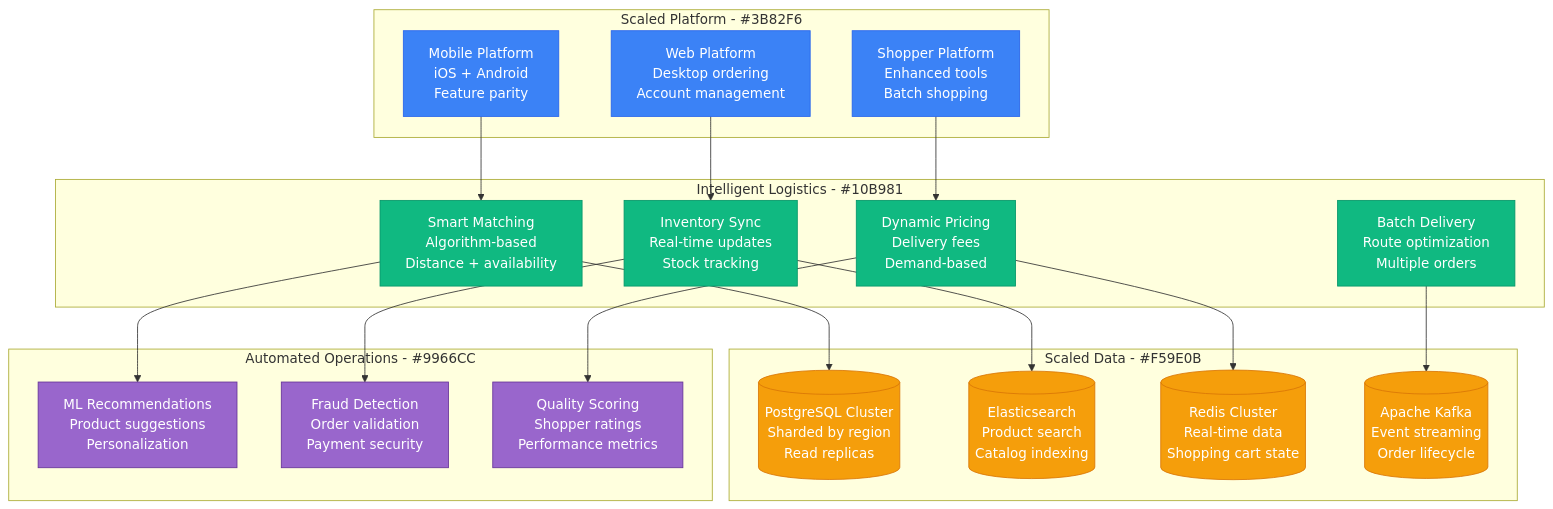
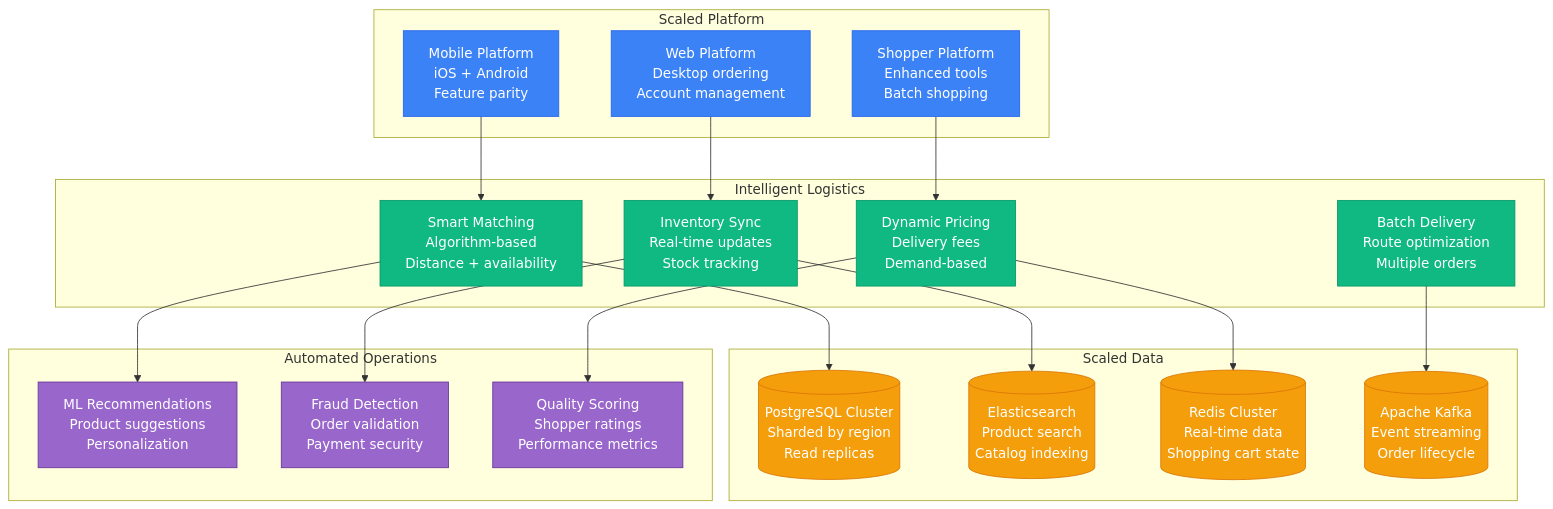
Before and after one commit to deepaucksharma/DS: the second of 3 diagrams in site/docs/scaling/instacart-scale-evolution.md, drawn with Mermaid. The commit also changed other lines of this file and 169 other files, not shown here.

````diff
--- a/site/docs/scaling/instacart-scale-evolution.md
+++ b/site/docs/scaling/instacart-scale-evolution.md
@@ -79,50 +79,50 @@
 ```mermaid
 graph TB
-    subgraph ScaledPlatform[Scaled Platform - #3B82F6]
+    subgraph ScaledPlatform["Scaled Platform"]
         MOBILE_PLATFORM[Mobile Platform<br/>iOS + Android<br/>Feature parity]
         WEB_PLATFORM[Web Platform<br/>Desktop ordering<br/>Account management]
         SHOPPER_PLATFORM[Shopper Platform<br/>Enhanced tools<br/>Batch shopping]
     end
 
-    subgraph IntelligentLogistics[Intelligent Logistics - #10B981]
+    subgraph IntelligentLogistics["Intelligent Logistics"]
         SMART_MATCHING[Smart Matching<br/>Algorithm-based<br/>Distance + availability]
         INVENTORY_SYNC[Inventory Sync<br/>Real-time updates<br/>Stock tracking]
         DYNAMIC_PRICING[Dynamic Pricing<br/>Delivery fees<br/>Demand-based]
         BATCH_DELIVERY[Batch Delivery<br/>Route optimization<br/>Multiple orders]
     end
 
-    subgraph ScaledData[Scaled Data - #F59E0B]
+    subgraph ScaledData["Scaled Data"]
         POSTGRES_CLUSTER[(PostgreSQL Cluster<br/>Sharded by region<br/>Read replicas)]
         ELASTICSEARCH[(Elasticsearch<br/>Product search<br/>Catalog indexing)]
         REDIS_CLUSTER[(Redis Cluster<br/>Real-time data<br/>Shopping cart state)]
         KAFKA[(Apache Kafka<br/>Event streaming<br/>Order lifecycle)]
     end
 
-    subgraph AutomatedOps[Automated Operations - #9966CC]
+    subgraph AutomatedOps["Automated Operations"]
         ML_RECOMMENDATIONS[ML Recommendations<br/>Product suggestions<br/>Personalization]
         FRAUD_DETECTION[Fraud Detection<br/>Order validation<br/>Payment security]
         QUALITY_SCORING[Quality Scoring<br/>Shopper ratings<br/>Performance metrics]
     end
 
     MOBILE_PLATFORM --> SMART_MATCHING
     WEB_PLATFORM --> INVENTORY_SYNC
     SHOPPER_PLATFORM --> DYNAMIC_PRICING
     SMART_MATCHING --> POSTGRES_CLUSTER
     INVENTORY_SYNC --> ELASTICSEARCH
     DYNAMIC_PRICING --> REDIS_CLUSTER
     BATCH_DELIVERY --> KAFKA
 
     SMART_MATCHING --> ML_RECOMMENDATIONS
     INVENTORY_SYNC --> FRAUD_DETECTION
     DYNAMIC_PRICING --> QUALITY_SCORING
 
     classDef platformStyle fill:#3B82F6,stroke:#2563EB,color:#fff
     classDef logisticsStyle fill:#10B981,stroke:#059669,color:#fff
     classDef dataStyle fill:#F59E0B,stroke:#D97706,color:#fff
     classDef opsStyle fill:#9966CC,stroke:#663399,color:#fff
 
     class MOBILE_PLATFORM,WEB_PLATFORM,SHOPPER_PLATFORM platformStyle
     class SMART_MATCHING,INVENTORY_SYNC,DYNAMIC_PRICING,BATCH_DELIVERY logisticsStyle
     class POSTGRES_CLUSTER,ELASTICSEARCH,REDIS_CLUSTER,KAFKA dataStyle
     class ML_RECOMMENDATIONS,FRAUD_DETECTION,QUALITY_SCORING opsStyle
 ```
````
